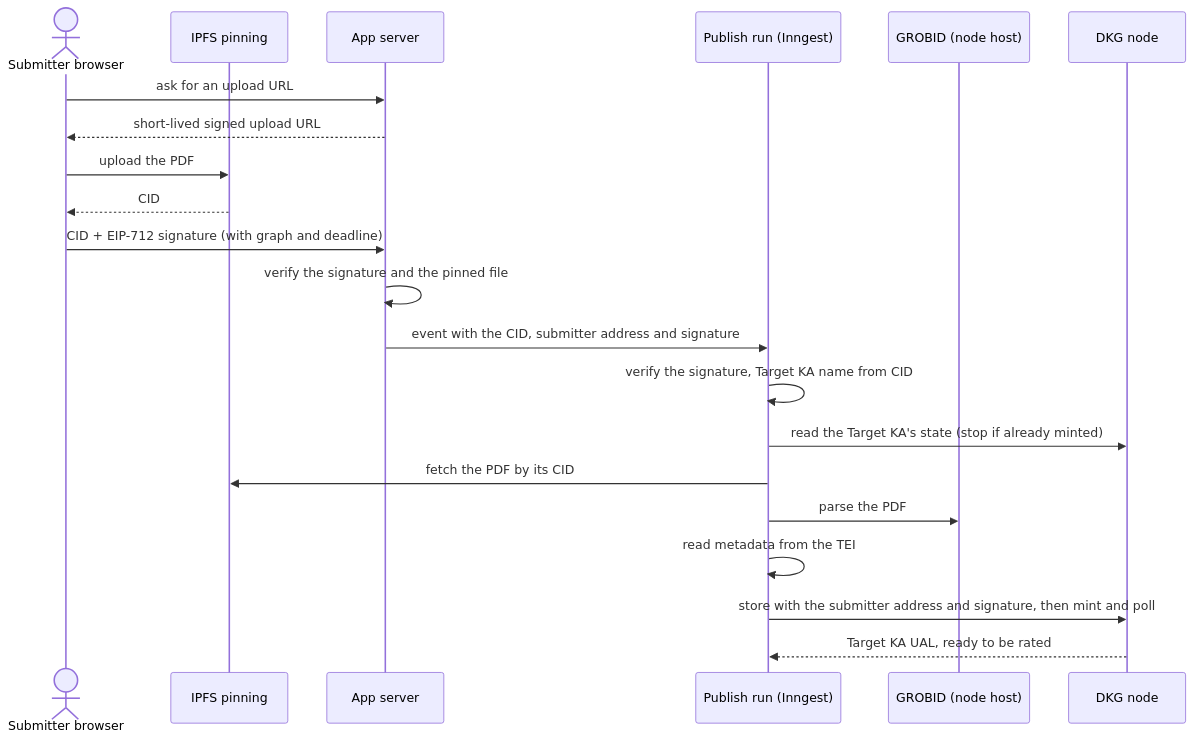
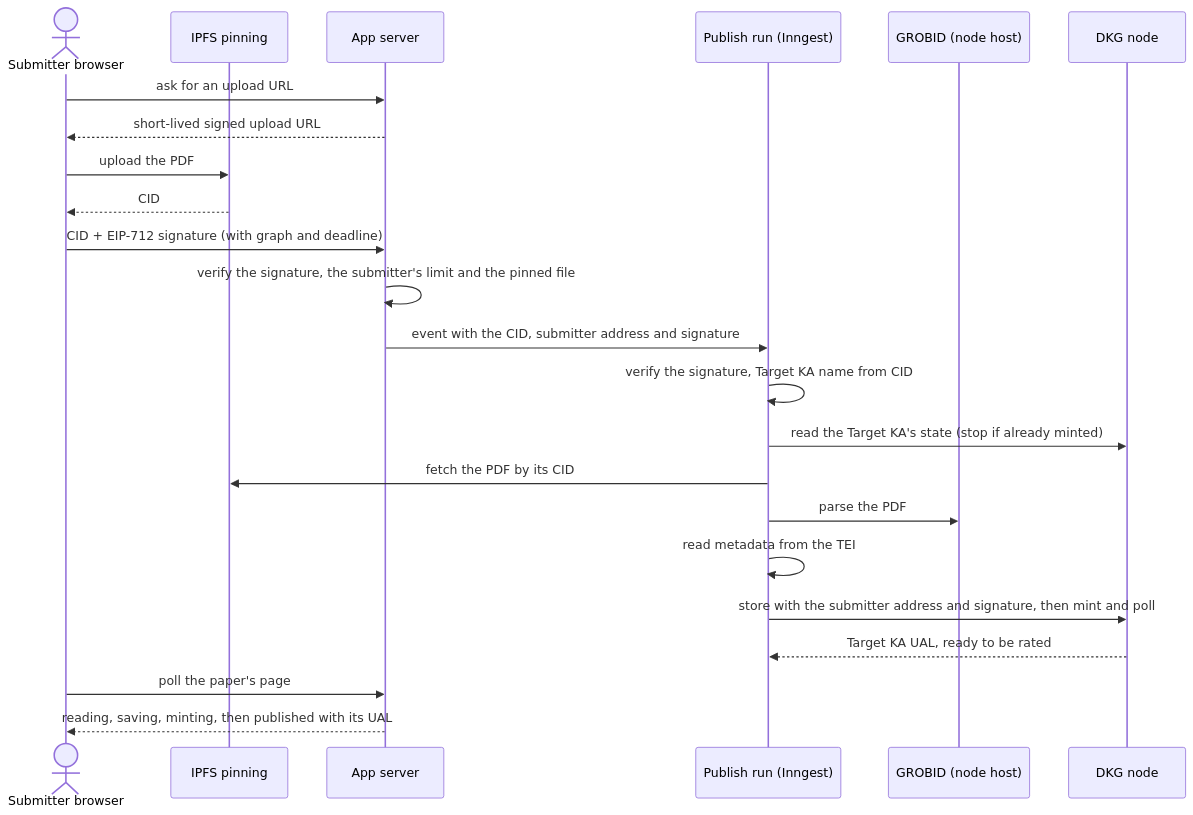
One commit to SiegfriedBz/verisci changed the second of 3 diagrams in README.md. Above: the diagram before and after it, drawn with Mermaid. The commit also changed other lines of this file and 7 other files, not shown here.

````diff
--- a/README.md
+++ b/README.md
@@ -96,23 +97,25 @@
 ```mermaid
 sequenceDiagram
   actor U as Submitter browser
   participant P as IPFS pinning
   participant A as App server
   participant R as Publish run (Inngest)
   participant G as GROBID (node host)
   participant N as DKG node
   U->>A: ask for an upload URL
   A-->>U: short-lived signed upload URL
   U->>P: upload the PDF
   P-->>U: CID
   U->>A: CID + EIP-712 signature (with graph and deadline)
-  A->>A: verify the signature and the pinned file
+  A->>A: verify the signature, the submitter's limit and the pinned file
   A->>R: event with the CID, submitter address and signature
   R->>R: verify the signature, Target KA name from CID
   R->>N: read the Target KA's state (stop if already minted)
   R->>P: fetch the PDF by its CID
   R->>G: parse the PDF
   R->>R: read metadata from the TEI
   R->>N: store with the submitter address and signature, then mint and poll
   N-->>R: Target KA UAL, ready to be rated
+  U->>A: poll the paper's page
+  A-->>U: reading, saving, minting, then published with its UAL
 ```
````
